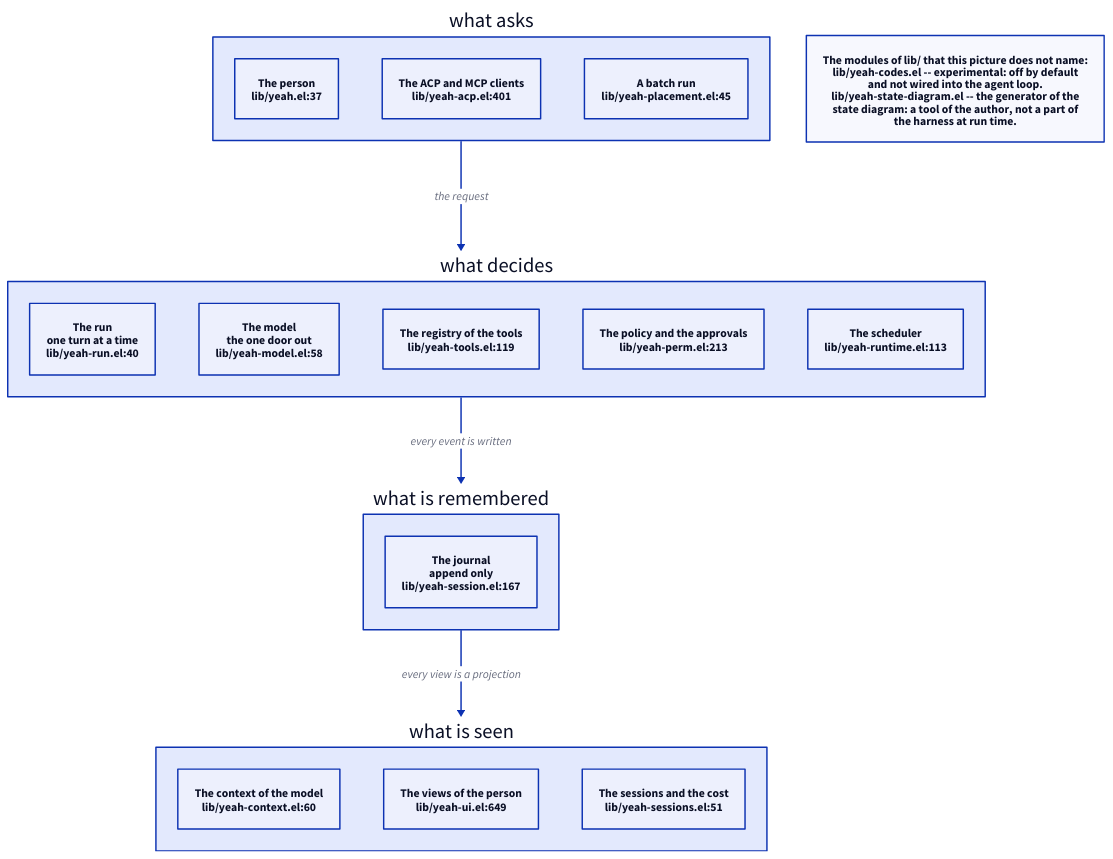
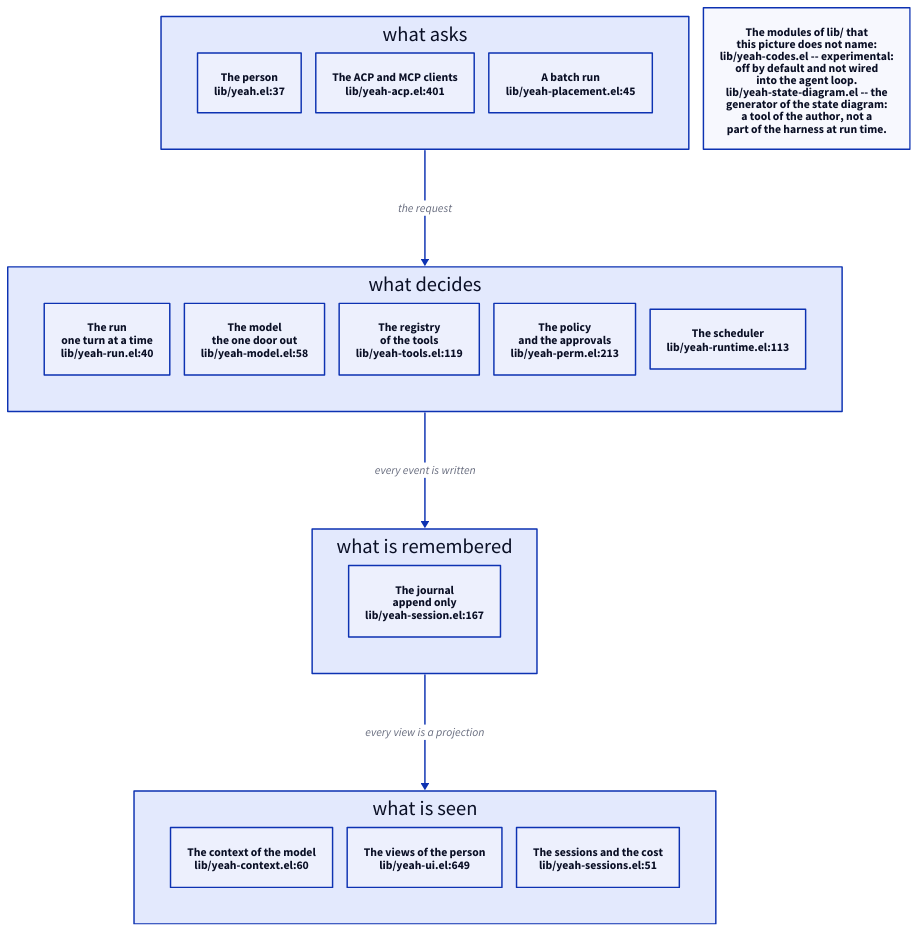
The diagram in site/diagrams/core-layers.d2 (11111000000/yeah), drawn with D2 before and after one commit. The commit also changed 31 other files, not shown here.

First line of the commit message:
feat(site): the pictures of the site are readable in the column

```diff
--- a/site/diagrams/core-layers.d2
+++ b/site/diagrams/core-layers.d2
@@ -1,51 +1,64 @@
 # The layers of the core of Yeah: what asks, what decides, what is
 # remembered and what is seen.
 #
 # The same picture as the component architecture of `docs/ARCHITECTURE.md'
 # section 5, in the notation of bands: the driver submits to the run
 # controller, the controller drives the model adapter, the tool registry and
 # the policy, the scheduler runs what may run, everything that happened is
 # written into one journal, and the projections read the journal.
 #
 # Every block names the file that implements it, as `file:line'.  The
 # modules of `lib/' that this picture does not name are listed in the note
 # at the end of this file, with the reason why they are not there.
 
+# The engine of this one picture is elk: its layout packs the leaves of
+# every band tighter than dagre, and a picture that is wider than the column
+# of the page is scaled down until its words are smaller than the words of
+# the page (the check
+# `check-the-pictures-are-readable-in-the-column.el' measures it).
+vars: {
+  d2-config: {
+    layout-engine: elk
+  }
+}
+
 ask: "what asks" {
   human: "The person\nlib/yeah.el:37"
   clients: "The ACP and MCP clients\nlib/yeah-acp.el:401"
   batch: "A batch run\nlib/yeah-placement.el:45"
 }
 
 decide: "what decides" {
   run: "The run\none turn at a time\nlib/yeah-run.el:40"
   model: "The model\nthe one door out\nlib/yeah-model.el:58"
-  registry: "The registry of the tools\nlib/yeah-tools.el:119"
-  policy: "The policy and the approvals\nlib/yeah-perm.el:213"
+  registry: "The registry\nof the tools\nlib/yeah-tools.el:119"
+  policy: "The policy\nand the approvals\nlib/yeah-perm.el:213"
   scheduler: "The scheduler\nlib/yeah-runtime.el:113"
 }
 
 memory: "what is remembered" {
-  journal: "The journal\nappend only\nlib/yeah-session.el:167"
+  journal: "The journal\nappend only\nlib/yeah-session.el:167" {
+    class: subject
+  }
 }
 
 seen: "what is seen" {
   context: "The context of the model\nlib/yeah-context.el:60"
   views: "The views of the person\nlib/yeah-ui.el:649"
   cost: "The sessions and the cost\nlib/yeah-sessions.el:51"
 }
 
 ask -> decide: {
   class: flow
   label: "the request"
 }
 decide -> memory: {
   class: flow
   label: "every event is written"
 }
 memory -> seen: {
   class: flow
   label: "every view is a projection"
 }
 
-note: "The modules of lib/ that this picture does not name:\nlib/yeah-codes.el -- experimental: off by default\nand not wired into the agent loop.\nlib/yeah-state-diagram.el -- the generator of the\nstate diagram: a tool of the author, not a part of\nthe harness at run time."
+note: "The modules of lib/ that\nthis picture does not name:\nlib/yeah-codes.el -- experimental:\noff by default and not wired\ninto the agent loop.\nlib/yeah-state-diagram.el -- the\ngenerator of the state diagram:\na tool of the author, not a\npart of the harness at run time."
```
